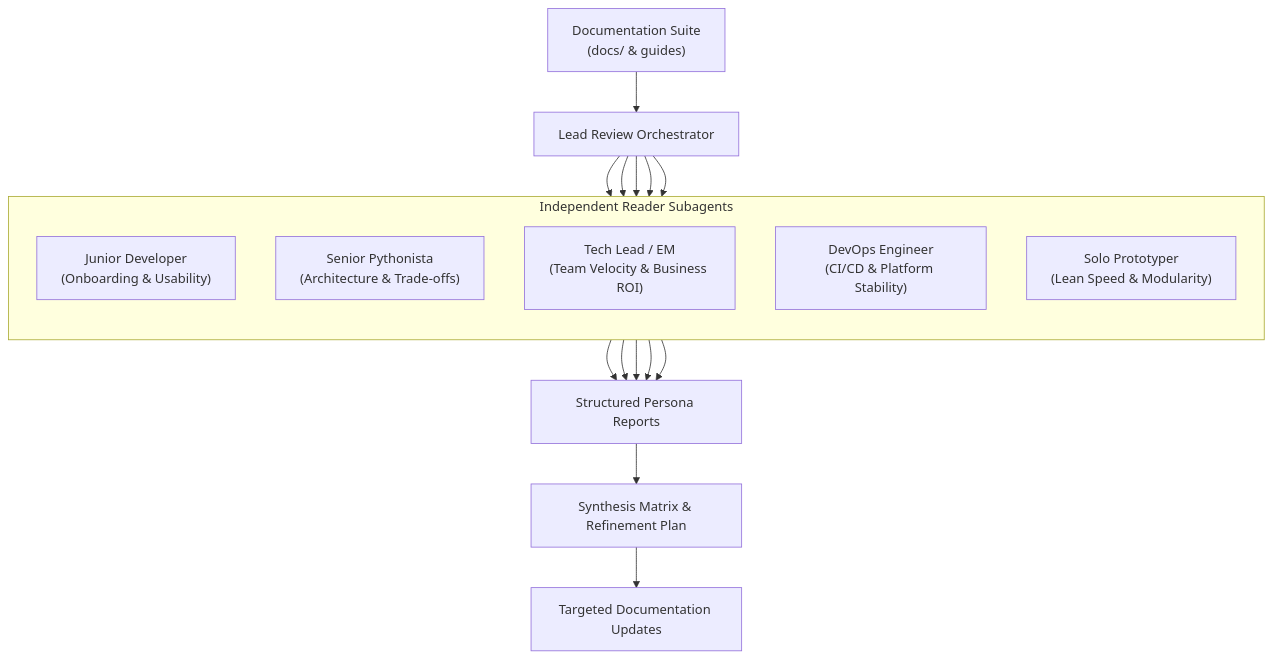
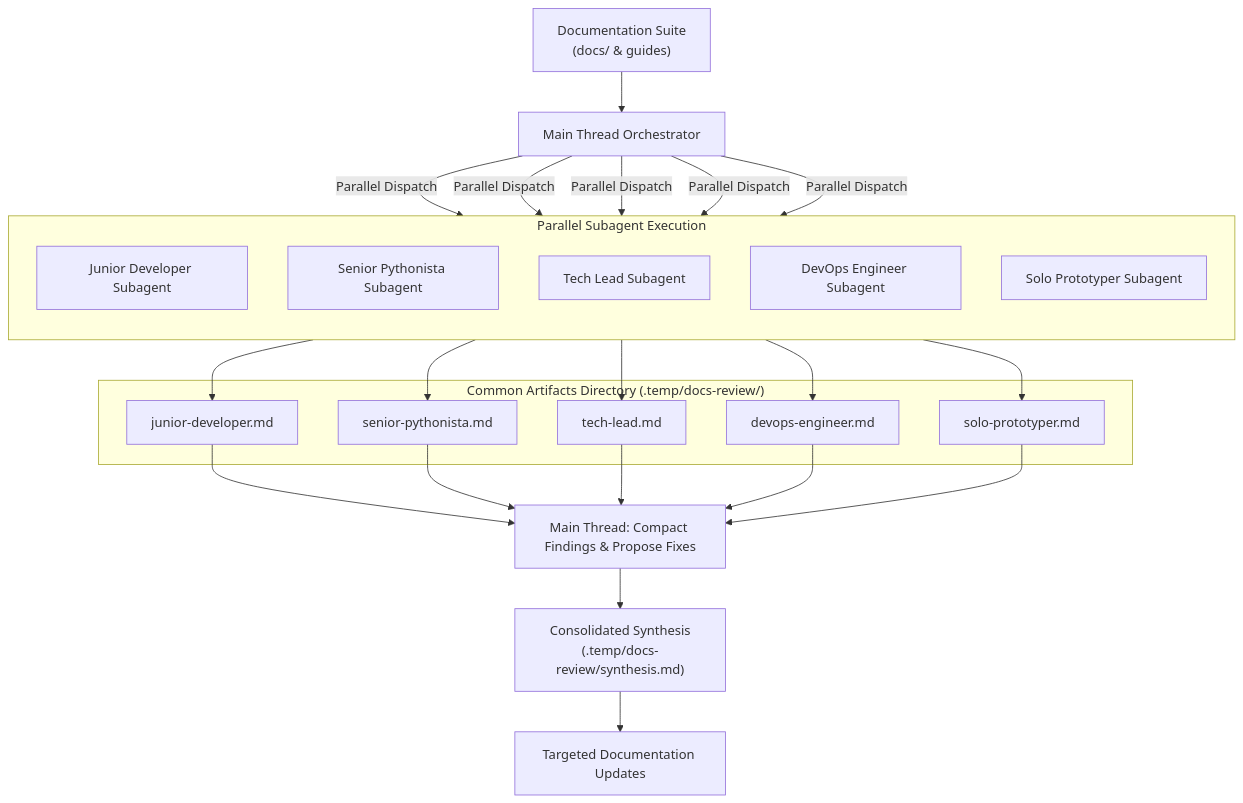
One commit to bwrob/zenith changed the diagram in {{cookiecutter.project_slug}}/.agents/skills/workflow-docs-consumers/SKILL.md. Above: the diagram before and after it, drawn with Mermaid. The commit also changed other lines of this file and 3 other files, not shown here.

First line of the commit message:
feat(skills): specify parallel subagents, common artifact storage, and main-thread compaction

````diff
--- a/{{cookiecutter.project_slug}}/.agents/skills/workflow-docs-consumers/SKILL.md
+++ b/{{cookiecutter.project_slug}}/.agents/skills/workflow-docs-consumers/SKILL.md
@@ -26,28 +26,42 @@
 ```mermaid
 flowchart TD
-    Docs["Documentation Suite<br/>(docs/ & guides)"] --> Orchestrator["Lead Review Orchestrator"]
+    Docs["Documentation Suite<br/>(docs/ & guides)"] --> Main["Main Thread Orchestrator"]
 
-    subgraph Personas["Independent Reader Subagents"]
+    subgraph Parallel["Parallel Subagent Execution"]
         direction TB
-        P1["Junior Developer<br/>(Onboarding & Usability)"]
-        P2["Senior Pythonista<br/>(Architecture & Trade-offs)"]
-        P3["Tech Lead / EM<br/>(Team Velocity & Business ROI)"]
-        P4["DevOps Engineer<br/>(CI/CD & Platform Stability)"]
-        P5["Solo Prototyper<br/>(Lean Speed & Modularity)"]
+        P1["Junior Developer Subagent"]
+        P2["Senior Pythonista Subagent"]
+        P3["Tech Lead Subagent"]
+        P4["DevOps Engineer Subagent"]
+        P5["Solo Prototyper Subagent"]
     end
 
-    Orchestrator --> P1
-    Orchestrator --> P2
-    Orchestrator --> P3
-    Orchestrator --> P4
-    Orchestrator --> P5
+    Main -->|Parallel Dispatch| P1
+    Main -->|Parallel Dispatch| P2
+    Main -->|Parallel Dispatch| P3
+    Main -->|Parallel Dispatch| P4
+    Main -->|Parallel Dispatch| P5
 
-    P1 --> Reports["Structured Persona Reports"]
-    P2 --> Reports
-    P3 --> Reports
-    P4 --> Reports
-    P5 --> Reports
+    subgraph Shared["Common Artifacts Directory (.temp/docs-review/)"]
+        R1["junior-developer.md"]
+        R2["senior-pythonista.md"]
+        R3["tech-lead.md"]
+        R4["devops-engineer.md"]
+        R5["solo-prototyper.md"]
+    end
 
-    Reports --> Synthesis["Synthesis Matrix & Refinement Plan"]
+    P1 --> R1
+    P2 --> R2
+    P3 --> R3
+    P4 --> R4
+    P5 --> R5
+
+    R1 --> Compact["Main Thread: Compact Findings & Propose Fixes"]
+    R2 --> Compact
+    R3 --> Compact
+    R4 --> Compact
+    R5 --> Compact
+
+    Compact --> Synthesis["Consolidated Synthesis<br/>(.temp/docs-review/synthesis.md)"]
     Synthesis --> Updates["Targeted Documentation Updates"]
 ```
````
